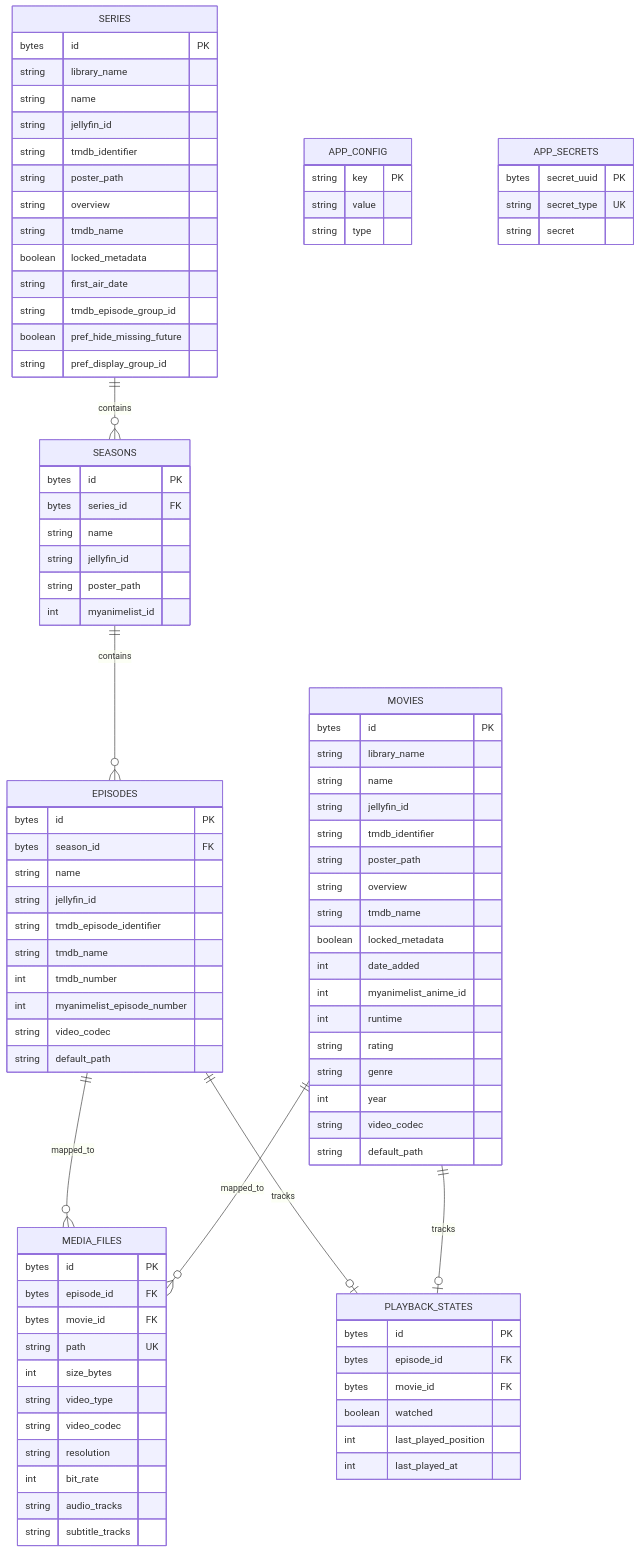
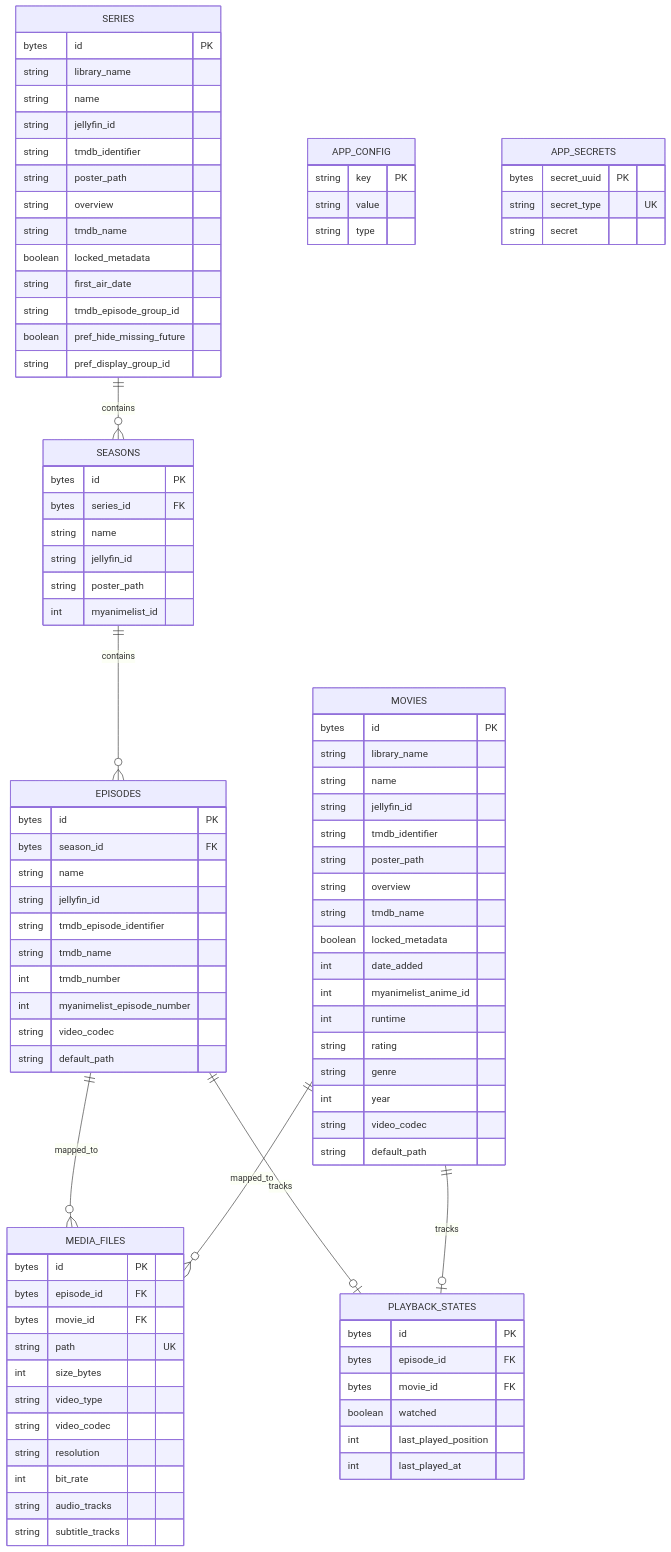
One commit to JohnDeSilva/lan-streamer changed the diagram in README.md. Above: the diagram before and after it, drawn with Mermaid.

Commit message:
docs(README): updated mermaid diagram to fix rendering on github

```diff
--- a/README.md
+++ b/README.md
@@ -307,7 +307,7 @@
         bytes id PK
         bytes episode_id FK
         bytes movie_id FK
-        string path UK
+        string path "UK"
         int size_bytes
         string video_type
         string video_codec
@@ -331,7 +331,7 @@
     }
     APP_SECRETS {
         bytes secret_uuid PK
-        string secret_type UK
+        string secret_type "UK"
         string secret
     }
 
```
